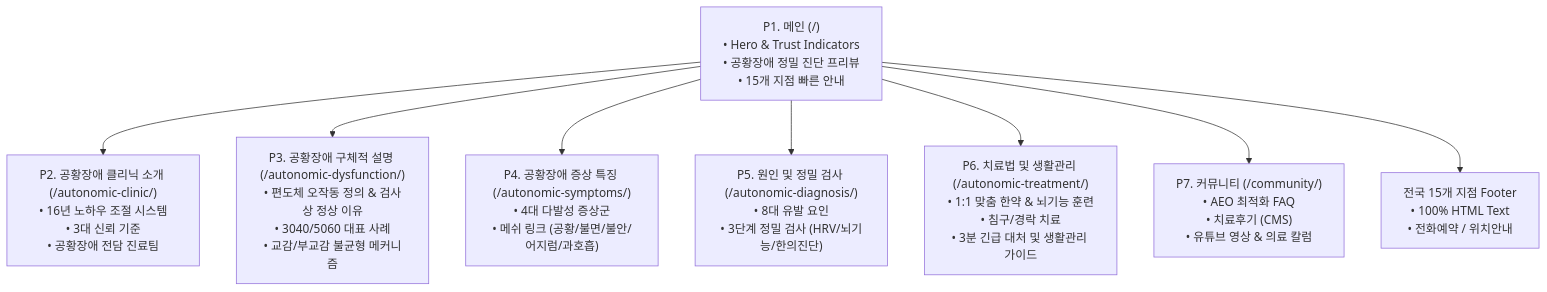
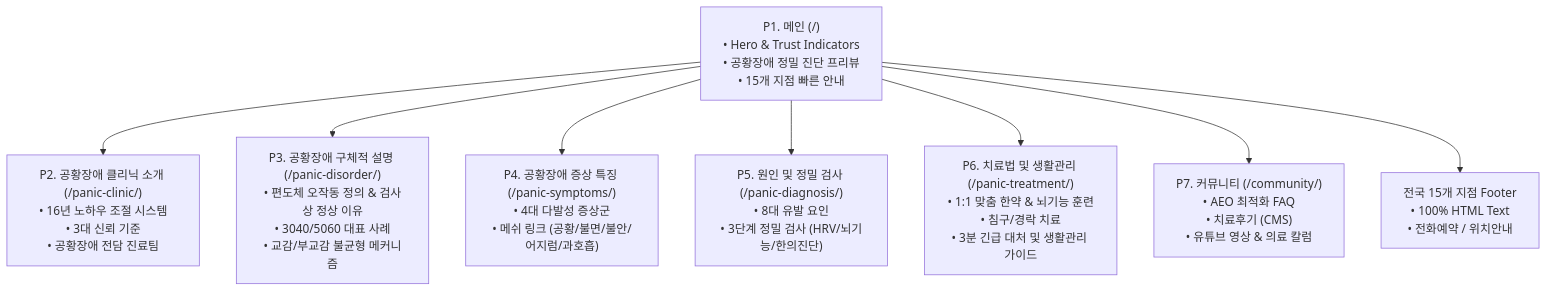
The diagram in plan.md (healim0071-git/panic-disorder), drawn with Mermaid before and after one commit. The commit also changed other lines of this file and 20 other files, not shown here.

Commit message:
fix(router): change subpage slugs from autonomic-* to panic-* and update all connected links

````diff
--- a/plan.md
+++ b/plan.md
@@ -31,13 +31,13 @@
 ```mermaid
 graph TD
     Home["P1. 메인 (/)<br>• Hero & Trust Indicators<br>• 공황장애 정밀 진단 프리뷰<br>• 15개 지점 빠른 안내"]
     
-    Home --> Clinic["P2. 공황장애 클리닉 소개 (/autonomic-clinic/)<br>• 16년 노하우 조절 시스템<br>• 3대 신뢰 기준<br>• 공황장애 전담 진료팀"]
-    Home --> Dysfunction["P3. 공황장애 구체적 설명 (/autonomic-dysfunction/)<br>• 편도체 오작동 정의 & 검사상 정상 이유<br>• 3040/5060 대표 사례<br>• 교감/부교감 불균형 메커니즘"]
-    Home --> Symptoms["P4. 공황장애 증상 특징 (/autonomic-symptoms/)<br>• 4대 다발성 증상군<br>• 메쉬 링크 (공황/불면/불안/어지럼/과호흡)"]
-    Home --> Diagnosis["P5. 원인 및 정밀 검사 (/autonomic-diagnosis/)<br>• 8대 유발 요인<br>• 3단계 정밀 검사 (HRV/뇌기능/한의진단)"]
-    Home --> Treatment["P6. 치료법 및 생활관리 (/autonomic-treatment/)<br>• 1:1 맞춤 한약 & 뇌기능 훈련<br>• 침구/경락 치료<br>• 3분 긴급 대처 및 생활관리 가이드"]
+    Home --> Clinic["P2. 공황장애 클리닉 소개 (/panic-clinic/)<br>• 16년 노하우 조절 시스템<br>• 3대 신뢰 기준<br>• 공황장애 전담 진료팀"]
+    Home --> Dysfunction["P3. 공황장애 구체적 설명 (/panic-disorder/)<br>• 편도체 오작동 정의 & 검사상 정상 이유<br>• 3040/5060 대표 사례<br>• 교감/부교감 불균형 메커니즘"]
+    Home --> Symptoms["P4. 공황장애 증상 특징 (/panic-symptoms/)<br>• 4대 다발성 증상군<br>• 메쉬 링크 (공황/불면/불안/어지럼/과호흡)"]
+    Home --> Diagnosis["P5. 원인 및 정밀 검사 (/panic-diagnosis/)<br>• 8대 유발 요인<br>• 3단계 정밀 검사 (HRV/뇌기능/한의진단)"]
+    Home --> Treatment["P6. 치료법 및 생활관리 (/panic-treatment/)<br>• 1:1 맞춤 한약 & 뇌기능 훈련<br>• 침구/경락 치료<br>• 3분 긴급 대처 및 생활관리 가이드"]
     Home --> Community["P7. 커뮤니티 (/community/)<br>• AEO 최적화 FAQ<br>• 치료후기 (CMS)<br>• 유튜브 영상 & 의료 칼럼"]
     
     Home --> BranchFooter["전국 15개 지점 Footer<br>• 100% HTML Text<br>• 전화예약 / 위치안내"]
 ```
````
